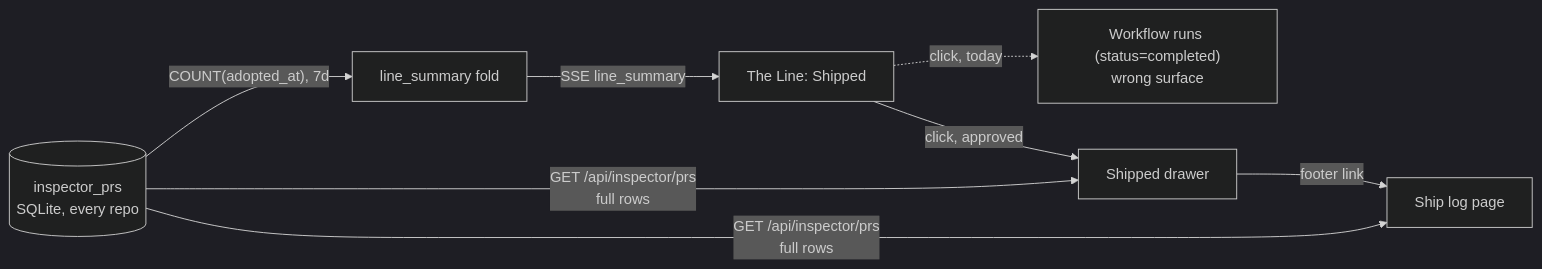
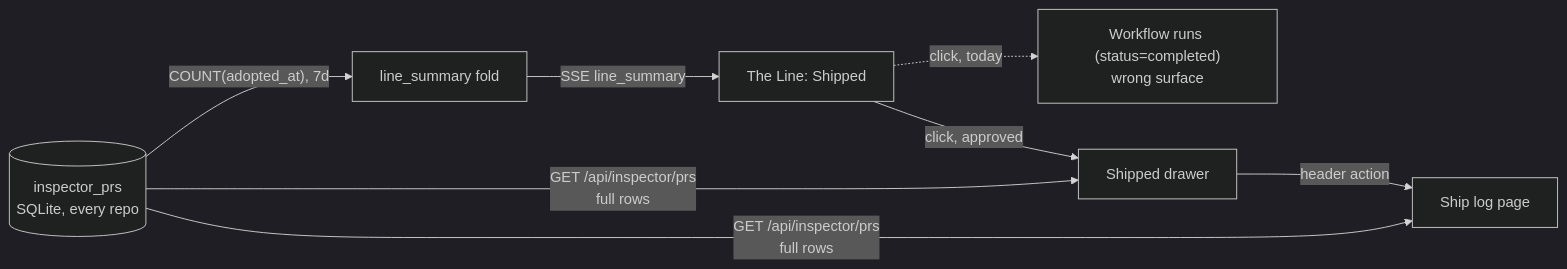
One commit to teamupstart/mission-control changed the diagram in docs/plans/shipped-surface/plan.md. Above: the diagram before and after it, drawn with Mermaid (dark theme). The commit also changed other lines of this file and 1 other file, not shown here.

````diff
--- a/docs/plans/shipped-surface/plan.md
+++ b/docs/plans/shipped-surface/plan.md
@@ -52,10 +52,10 @@
 ```mermaid
 flowchart LR
   DB[(inspector_prs\nSQLite, every repo)] -->|"COUNT(adopted_at), 7d"| LS[line_summary fold]
   LS -->|SSE line_summary| STRIP[The Line: Shipped]
   STRIP -.->|click, today| RUNS["Workflow runs (status=completed)\nwrong surface"]
   STRIP -->|click, approved| DRAWER[Shipped drawer]
-  DRAWER -->|footer link| PAGE[Ship log page]
+  DRAWER -->|header action| PAGE[Ship log page]
   DB -->|"GET /api/inspector/prs\nfull rows"| DRAWER
   DB -->|"GET /api/inspector/prs\nfull rows"| PAGE
 ```
````
